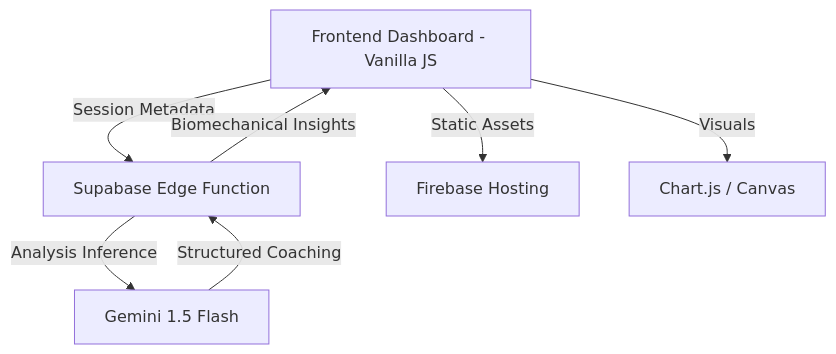
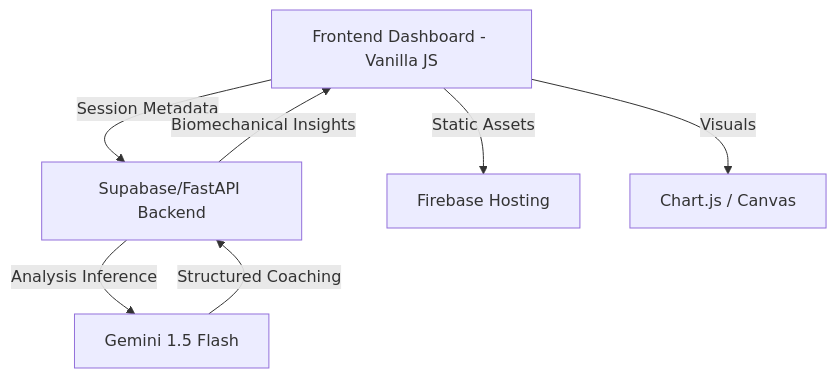
The diagram in README.md (KR-007J/biomech-ai), drawn with Mermaid before and after one commit. The commit also changed other lines of this file and 60 other files, not shown here.

````diff
--- a/README.md
+++ b/README.md
@@ -104,9 +31,9 @@
 ```mermaid
 graph TD
-    A[Frontend Dashboard - Vanilla JS] -->|Session Metadata| B[Supabase Edge Function]
+    A[Frontend Dashboard - Vanilla JS] -->|Session Metadata| B[Supabase/FastAPI Backend]
     A -->|Static Assets| C[Firebase Hosting]
     B -->|Analysis Inference| D[Gemini 1.5 Flash]
     D -->|Structured Coaching| B
     B -->|Biomechanical Insights| A
     A -->|Visuals| E[Chart.js / Canvas]
 ```
````
